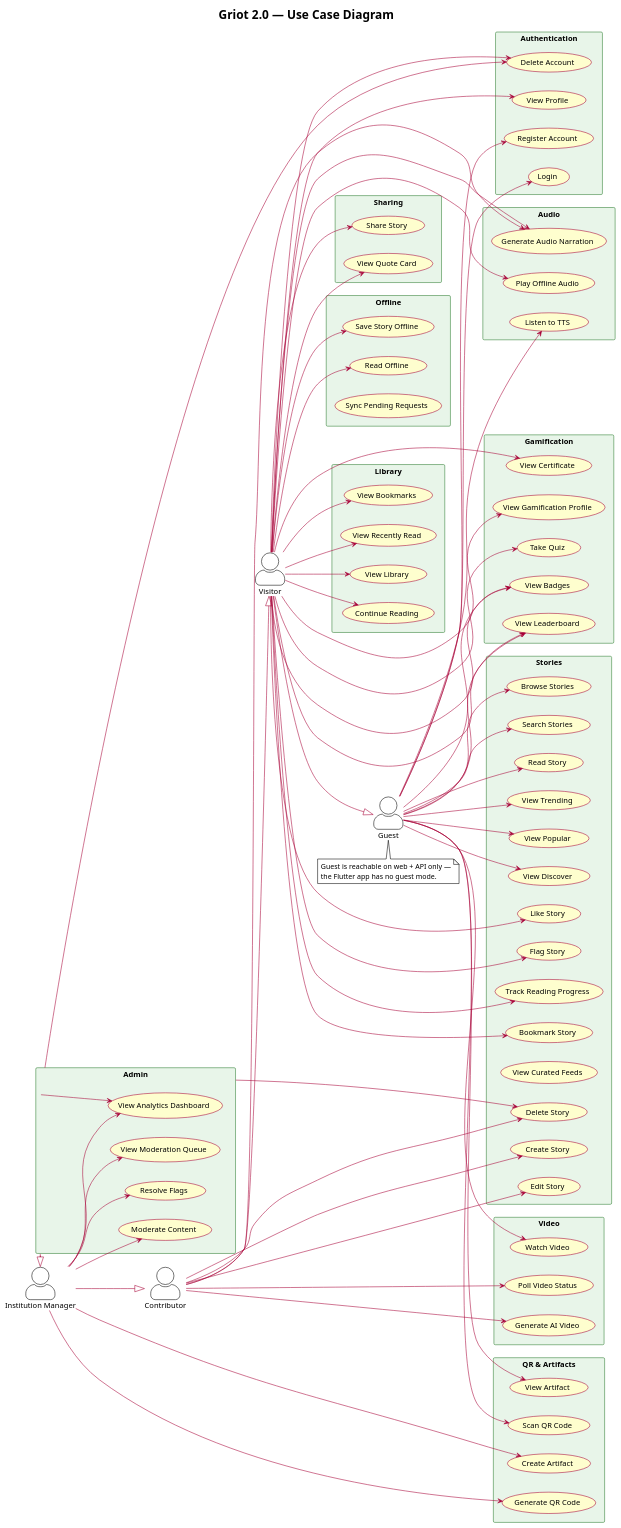
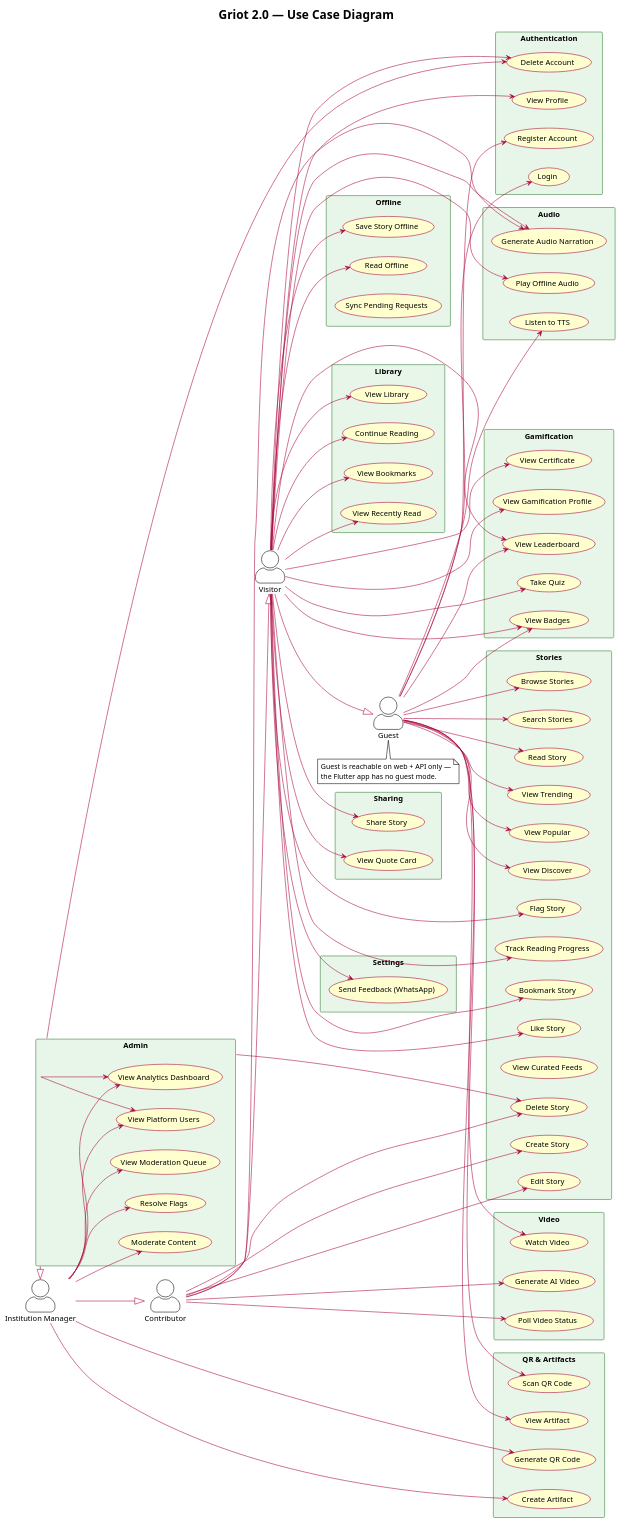
The diagram in docs/diagrams/plantuml/01-use-case-diagram.puml (fabiljayson/Griot-2.0), drawn with PlantUML before and after one commit. The commit also changed 87 other files, not shown here.

```diff
--- a/docs/diagrams/plantuml/01-use-case-diagram.puml
+++ b/docs/diagrams/plantuml/01-use-case-diagram.puml
@@ -100,9 +100,15 @@
   usecase "View Quote Card" as UC_QUOTE
 }
 
+' ─── Settings Package ──────────────────────────────────
+package "Settings" {
+  usecase "Send Feedback (WhatsApp)" as UC_FEEDBACK
+}
+
 ' ─── Admin Package ─────────────────────────────────────
 package "Admin" {
   usecase "View Analytics Dashboard" as UC_ANALYTICS
+  usecase "View Platform Users" as UC_PLATFORM_USERS
   usecase "Moderate Content" as UC_MODERATE
   usecase "View Moderation Queue" as UC_MOD_QUEUE
   usecase "Resolve Flags" as UC_RESOLVE
@@ -155,6 +161,7 @@
 Visitor --> UC_SAVE_OFFLINE
 Visitor --> UC_READ_OFFLINE
 Visitor --> UC_OFFLINE_AUDIO
+Visitor --> UC_FEEDBACK
 Visitor --> UC_DEL_ACC
 
 ' ─── Contributor Associations ──────────────────────────
@@ -172,13 +179,15 @@
 InstitutionManager --> UC_MOD_QUEUE
 InstitutionManager --> UC_RESOLVE
 InstitutionManager --> UC_ANALYTICS
+InstitutionManager --> UC_PLATFORM_USERS
 
 ' ─── Admin Associations ────────────────────────────────
 Admin --> UC_DEL_STORY
 Admin --> UC_ANALYTICS
+Admin --> UC_PLATFORM_USERS
 Admin --> UC_DEL_ACC
 
-' ─── Divergences from original intent (reconciled 2026-09-22) ──
+' ─── Divergences from original intent (reconciled 2026-09-22, +2026-09-23) ──
 ' Delete Story        : the author may delete their own; Manager/Admin any.
 ' Generate TTS        : any authenticated user for a PUBLISHED story.
 ' Browse Quizzes /
@@ -192,6 +201,9 @@
 ' GAP   publication    : pending -> published happens only in the Django admin.
 ' GAP   mobile         : no leaderboard, certificate, artifact-authoring,
 '                       artifact audio-guide or video-playback UI.
+' ADDED 2026-09-23     : UC_FEEDBACK (WhatsAppFeedbackService, wa.me chat,
+'                       no backend endpoint) and UC_PLATFORM_USERS
+'                       (AdminUsersListView, GET /api/analytics/users/list/).
 
 note bottom of Guest
   Guest is reachable on web + API only —
```
